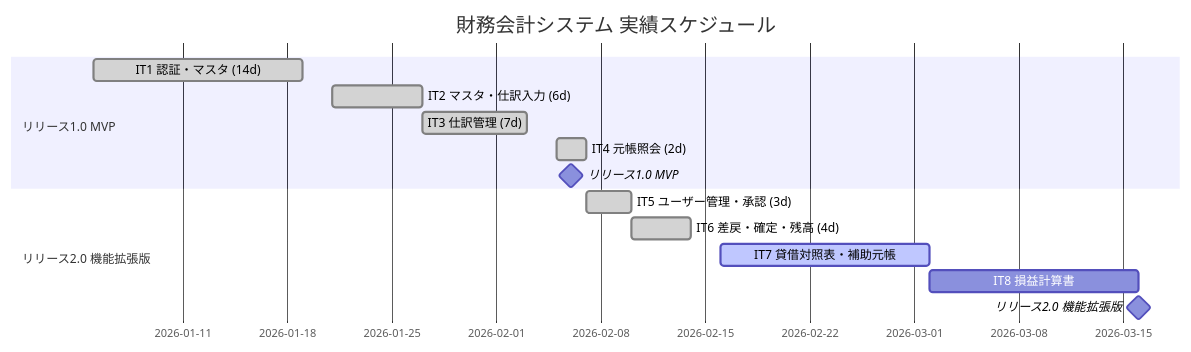
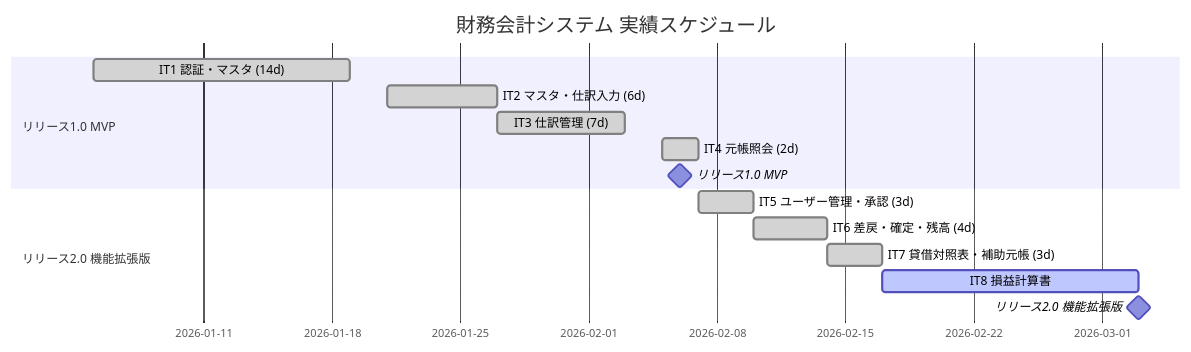
One commit to k2works/case-study-accounting changed the fifth of 6 diagrams in docs/development/release_plan.md. Above: the diagram before and after it, drawn with Mermaid. The commit also changed other lines of this file and 5 other files, not shown here.

First line of the commit message:
docs: イテレーション7完了、リリースノート・ステータス遷移図を追加

````diff
--- a/docs/development/release_plan.md
+++ b/docs/development/release_plan.md
@@ -293,19 +293,19 @@
 ```mermaid
 gantt
     title 財務会計システム 実績スケジュール
     dateFormat  YYYY-MM-DD
 
     section リリース1.0 MVP
     IT1 認証・マスタ (14d)     :done, a1, 2026-01-05, 14d
     IT2 マスタ・仕訳入力 (6d)  :done, a2, 2026-01-21, 6d
     IT3 仕訳管理 (7d)          :done, a3, 2026-01-27, 7d
     IT4 元帳照会 (2d)          :done, a4, 2026-02-05, 2d
     リリース1.0 MVP            :milestone, ma1, 2026-02-06, 0d
 
     section リリース2.0 機能拡張版
     IT5 ユーザー管理・承認 (3d) :done, a5, 2026-02-07, 3d
     IT6 差戻・確定・残高 (4d)   :done, a6, 2026-02-10, 4d
-    IT7 貸借対照表・補助元帳    :active, a7, 2026-02-16, 14d
-    IT8 損益計算書              :         a8, after a7, 14d
+    IT7 貸借対照表・補助元帳 (3d) :done, a7, 2026-02-14, 3d
+    IT8 損益計算書              :active, a8, after a7, 14d
     リリース2.0 機能拡張版      :milestone, ma2, after a8, 0d
 ```
````
